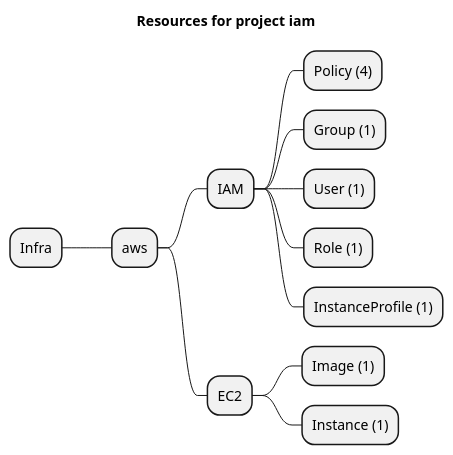
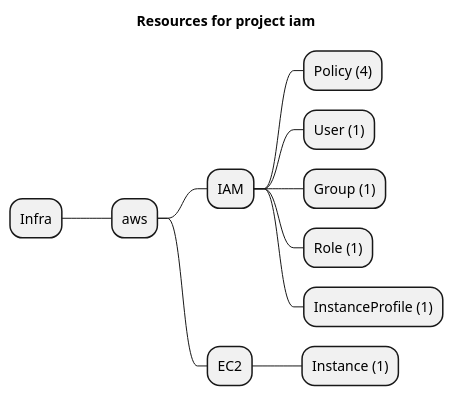
One commit to grucloud/grucloud changed the diagram in examples/aws/iam/iam/artifacts/resources-mindmap.puml. Above: the diagram before and after it, drawn with PlantUML. The commit also changed 288 other files, not shown here.

```diff
--- a/examples/aws/iam/iam/artifacts/resources-mindmap.puml
+++ b/examples/aws/iam/iam/artifacts/resources-mindmap.puml
@@ -1,15 +1,14 @@
 @startmindmap
 title Resources for project iam
 skinparam monochrome true
 + Infra
 ++ aws
 +++ IAM
 ++++ Policy (4)
+++++ User (1)
 ++++ Group (1)
-++++ User (1)
 ++++ Role (1)
 ++++ InstanceProfile (1)
 +++ EC2
-++++ Image (1)
 ++++ Instance (1)
 @endmindmap
```
